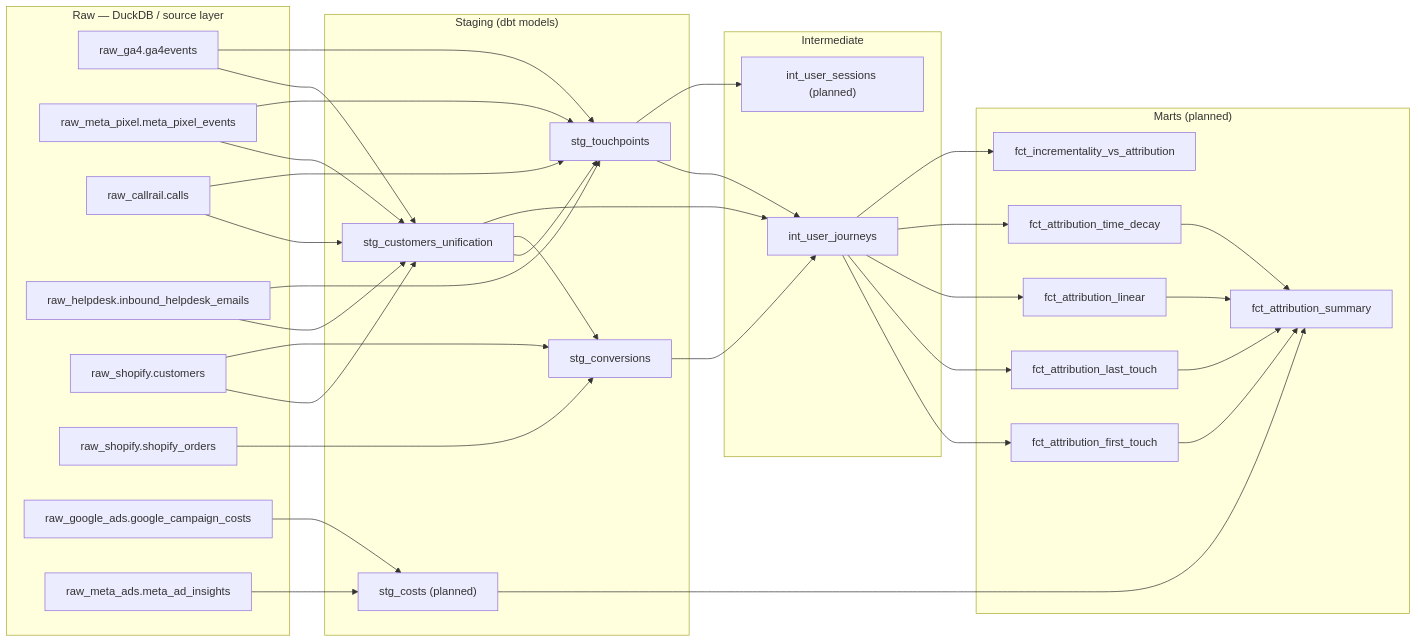
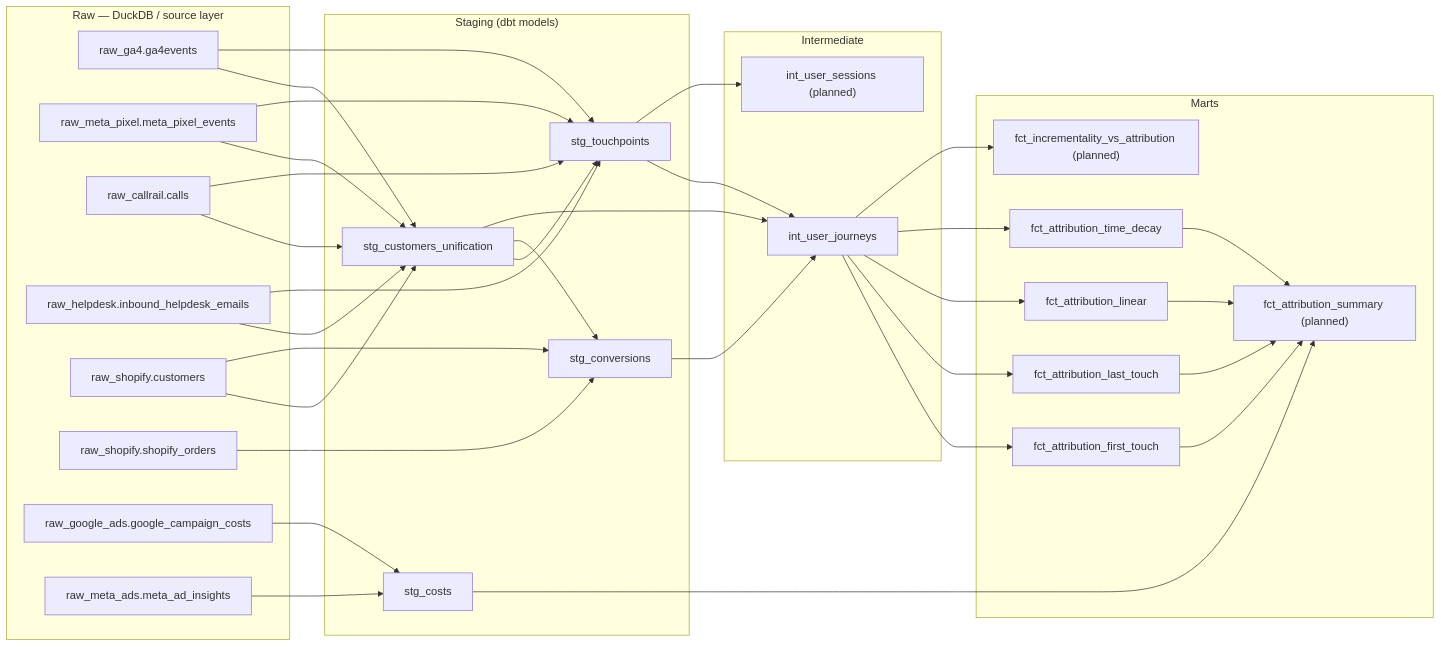
Before and after one commit to numesh4/multi-touch-attribution-dbt: the second of 2 diagrams in docs/schema-erd.md, drawn with Mermaid. The commit also changed other lines of this file and 3 other files, not shown here.

Commit message:
Updated Docs post changes to fct tables

````diff
--- a/docs/schema-erd.md
+++ b/docs/schema-erd.md
@@ -79,76 +79,76 @@
 ```mermaid
 flowchart LR
   subgraph Raw["Raw — DuckDB / source layer"]
     raw_ga4[raw_ga4.ga4events]
     raw_meta_pixel[raw_meta_pixel.meta_pixel_events]
     raw_callrail[raw_callrail.calls]
     raw_helpdesk[raw_helpdesk.inbound_helpdesk_emails]
     raw_shopify_customers[raw_shopify.customers]
     raw_shopify_orders[raw_shopify.shopify_orders]
     raw_google[raw_google_ads.google_campaign_costs]
     raw_meta_ads[raw_meta_ads.meta_ad_insights]
   end
 
   subgraph Staging["Staging (dbt models)"]
     stg_customers[stg_customers_unification]
     stg_touchpoints[stg_touchpoints]
     stg_conversions[stg_conversions]
-    stg_costs["stg_costs (planned)"]
+    stg_costs[stg_costs]
   end
 
   subgraph Intermediate["Intermediate"]
     int_journeys[int_user_journeys]
     int_sessions["int_user_sessions (planned)"]
   end
 
-  subgraph Marts["Marts (planned)"]
+  subgraph Marts["Marts"]
     fct_first[fct_attribution_first_touch]
     fct_last[fct_attribution_last_touch]
     fct_linear[fct_attribution_linear]
     fct_time_decay[fct_attribution_time_decay]
-    fct_summary[fct_attribution_summary]
-    fct_incrementality[fct_incrementality_vs_attribution]
+    fct_summary["fct_attribution_summary (planned)"]
+    fct_incrementality["fct_incrementality_vs_attribution (planned)"]
   end
 
   %% Raw source tables -> stg_customers_unification (identity resolution)
   raw_shopify_customers --> stg_customers
   raw_ga4 --> stg_customers
   raw_meta_pixel --> stg_customers
   raw_callrail --> stg_customers
   raw_helpdesk --> stg_customers
 
   %% Raw touchpoint tables + identity resolution -> stg_touchpoints
   raw_ga4 --> stg_touchpoints
   raw_meta_pixel --> stg_touchpoints
   raw_callrail --> stg_touchpoints
   raw_helpdesk --> stg_touchpoints
   stg_customers --> stg_touchpoints
 
   %% Raw order/customer tables + identity resolution -> stg_conversions
   raw_shopify_orders --> stg_conversions
   raw_shopify_customers --> stg_conversions
   stg_customers --> stg_conversions
 
-  %% Raw cost tables -> stg_costs (planned)
+  %% Raw cost tables -> stg_costs
   raw_google --> stg_costs
   raw_meta_ads --> stg_costs
 
   %% Staging -> intermediate
   stg_touchpoints --> int_journeys
   stg_conversions --> int_journeys
   stg_customers --> int_journeys
   stg_touchpoints --> int_sessions
 
   %% Intermediate + costs -> marts
   int_journeys --> fct_first
   int_journeys --> fct_last
   int_journeys --> fct_linear
   int_journeys --> fct_time_decay
   int_journeys --> fct_incrementality
   stg_costs --> fct_summary
 
   fct_first --> fct_summary
   fct_last --> fct_summary
   fct_linear --> fct_summary
   fct_time_decay --> fct_summary
 ```
````
